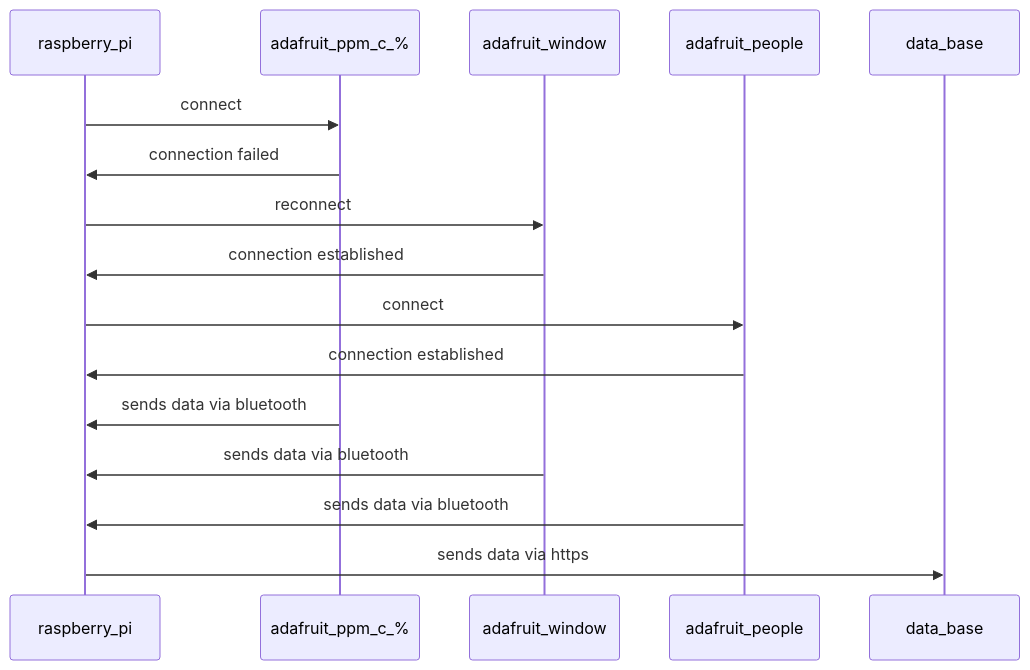
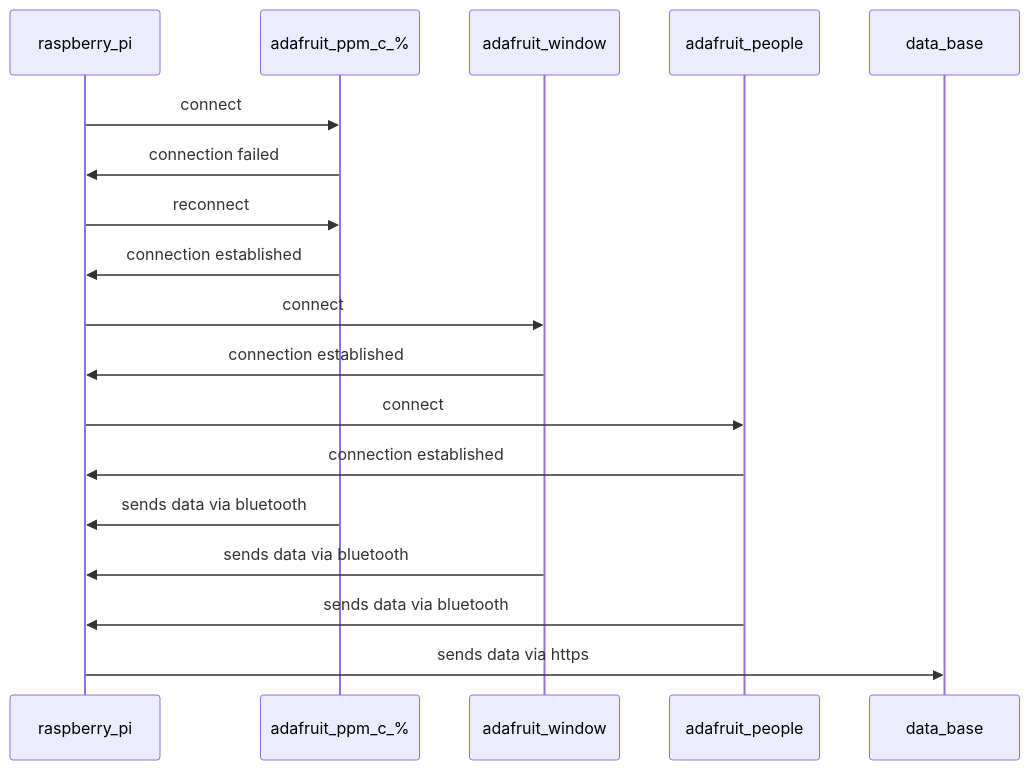
Before and after one commit to nicolarohner1337/smartclassroom: the second of 2 diagrams in abgabe_bericht/software_module_sequenzdiagramme/main_unit.md, drawn with Mermaid.

````diff
--- a/abgabe_bericht/software_module_sequenzdiagramme/main_unit.md
+++ b/abgabe_bericht/software_module_sequenzdiagramme/main_unit.md
@@ -21,18 +21,20 @@
 ```mermaid
 sequenceDiagram
     participant raspberry_pi
     participant adafruit_ppm_c_%
     participant adafruit_window
     participant adafruit_people
     participant data_base
     raspberry_pi->>adafruit_ppm_c_%: connect
     adafruit_ppm_c_%->>raspberry_pi: connection failed
-    raspberry_pi->>adafruit_window: reconnect
+    raspberry_pi->>adafruit_ppm_c_%: reconnect
+    adafruit_ppm_c_%->>raspberry_pi: connection established
+    raspberry_pi->>adafruit_window: connect
     adafruit_window->>raspberry_pi: connection established
     raspberry_pi->>adafruit_people: connect
     adafruit_people->>raspberry_pi: connection established
     adafruit_ppm_c_%->>raspberry_pi: sends data via bluetooth
     adafruit_window->>raspberry_pi: sends data via bluetooth
     adafruit_people->>raspberry_pi: sends data via bluetooth
     raspberry_pi->>data_base: sends data via https
 ```
````
